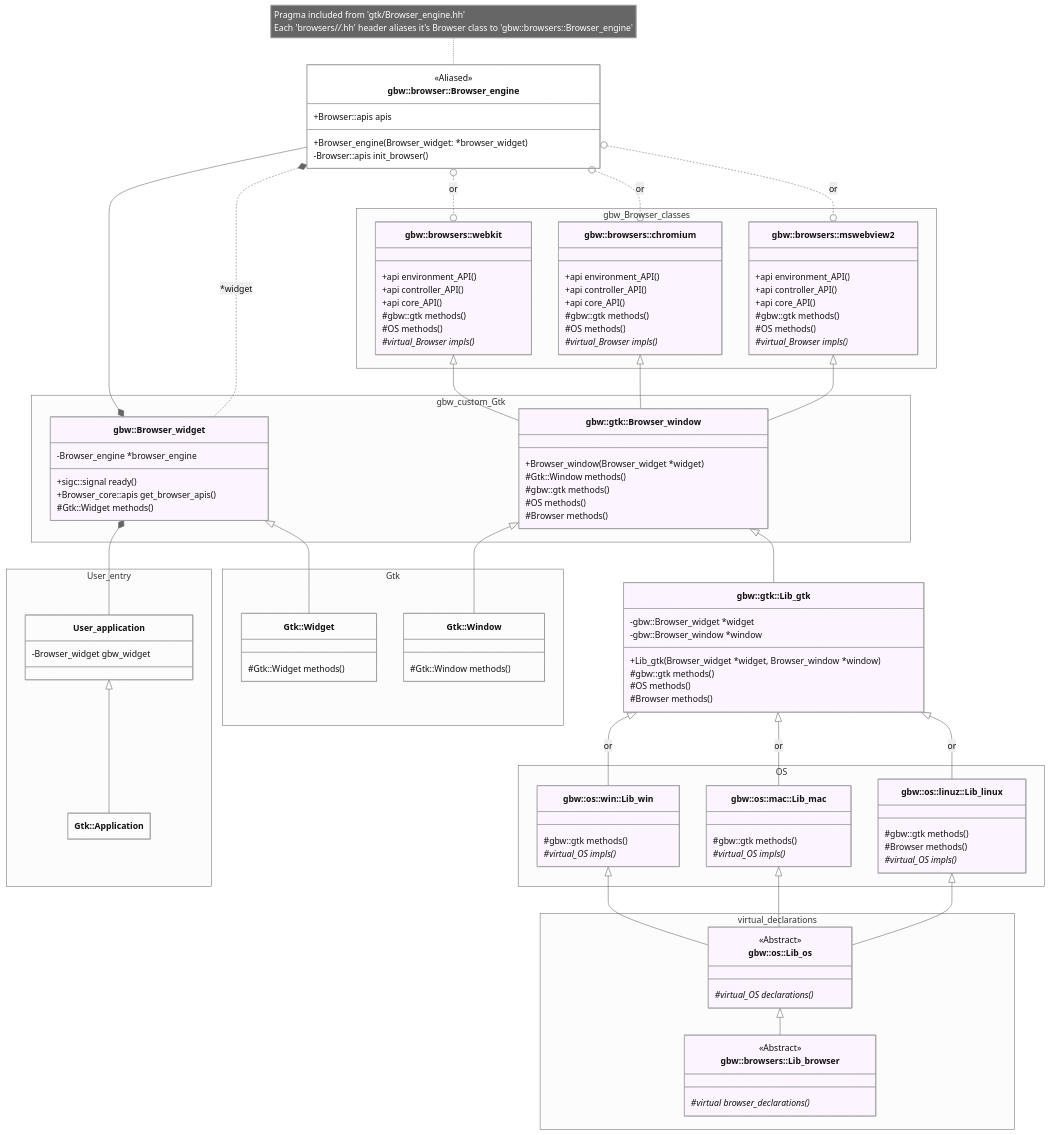
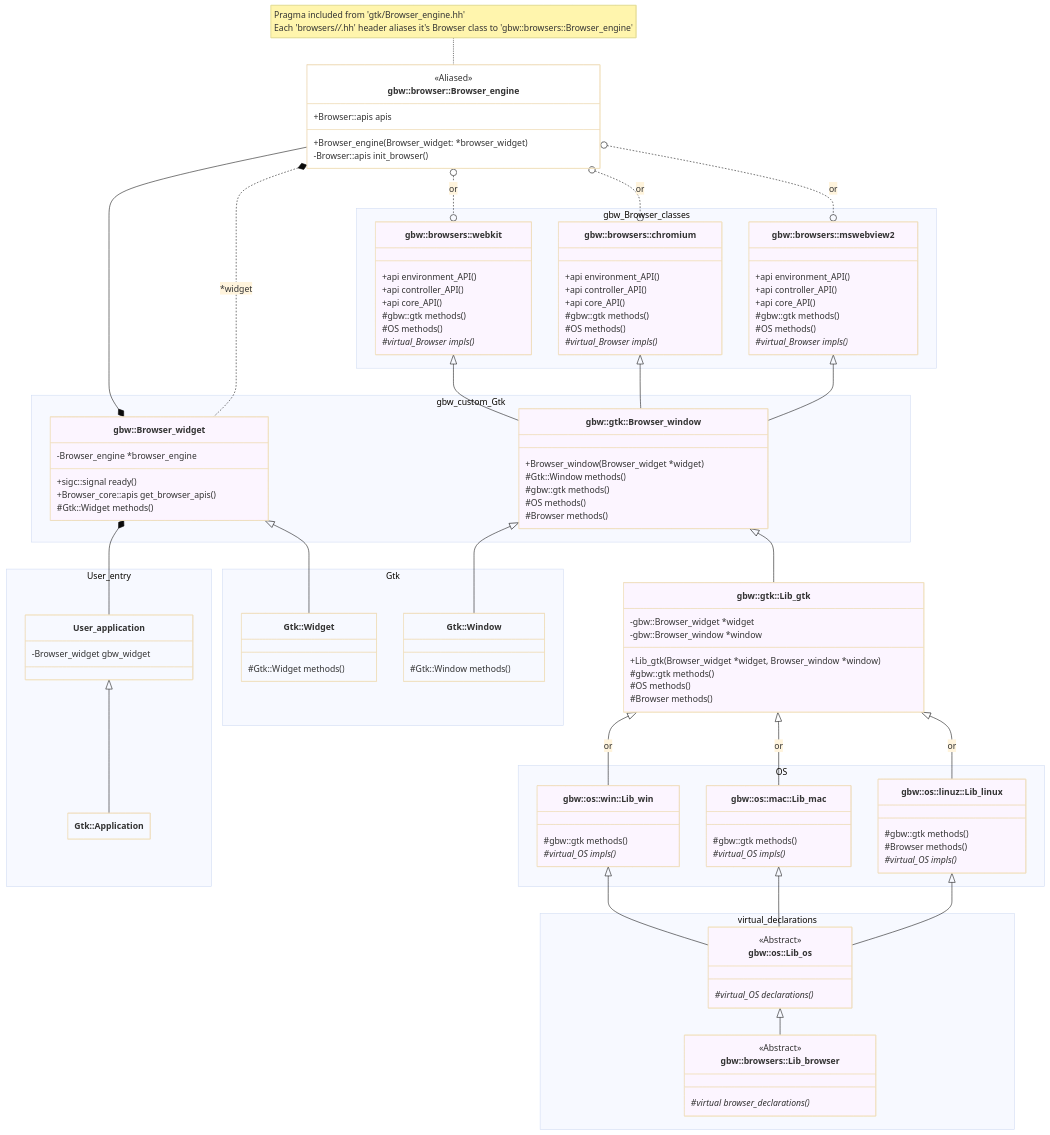
The diagram in include/gtk/README.md (citkane/gtk-browser-widget), drawn with Mermaid before and after one commit. The commit also changed other lines of this file, not shown here.

Commit message:
Update class hierarchy diagram

````diff
--- a/include/gtk/README.md
+++ b/include/gtk/README.md
@@ -14,7 +14,7 @@
 ```mermaid
 ---
 config:
-  theme: 'neutral'
+  theme: 'base'
   class:
     hideEmptyMembersBox: true
 ---
@@ -116,7 +116,7 @@
     }
 
 
-    note for Browser_engine "Pragma included from 'gtk/Browser_engine.hh'<br>Each 'browsers/*/*.hh' header aliases it's Browser class to 'gbw::browsers::Browser_engine'"
+    note for Browser_engine "Pragma included from 'gtk/Browser_engine.hh'<br>Each 'browsers/*/*.hh' header aliases it's Browser class to 'gbw::browsers::Browser_engine'" 
     class Browser_engine["gbw::browser::Browser_engine"]:::other {
         <<Aliased>>
         +Browser_engine(Browser_widget: *browser_widget)
````
